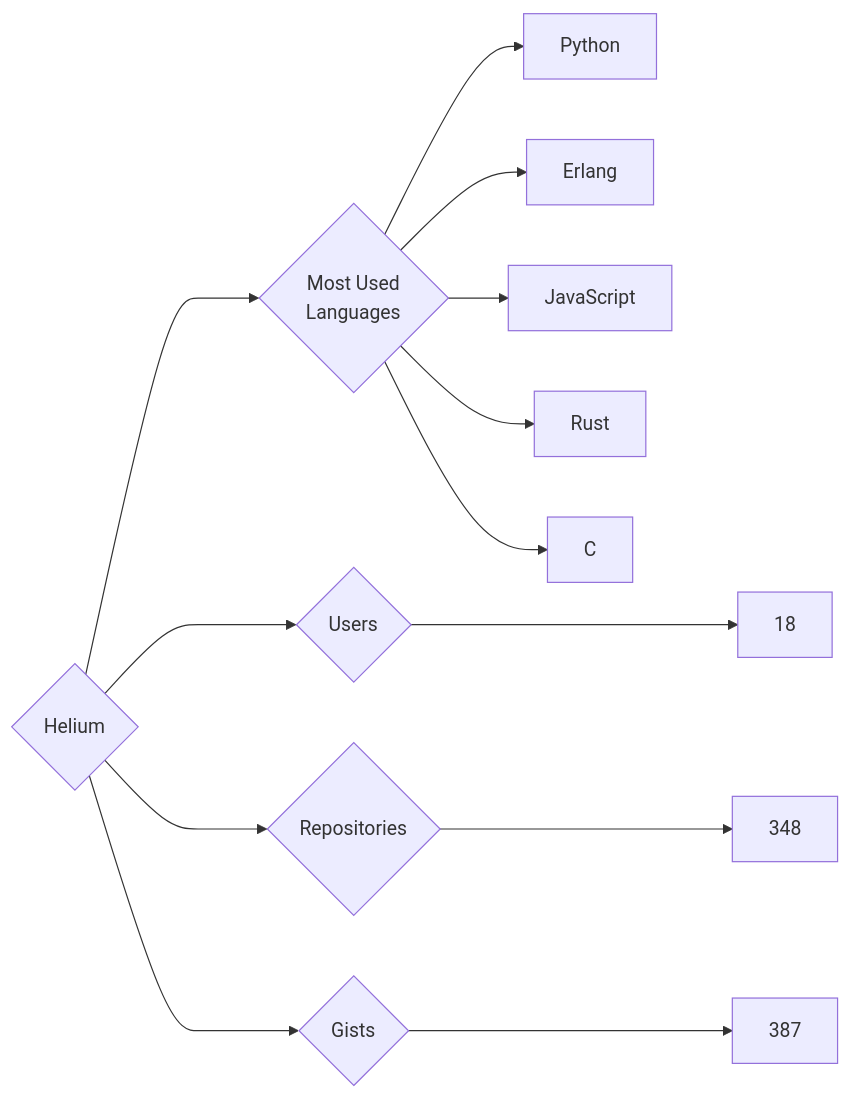
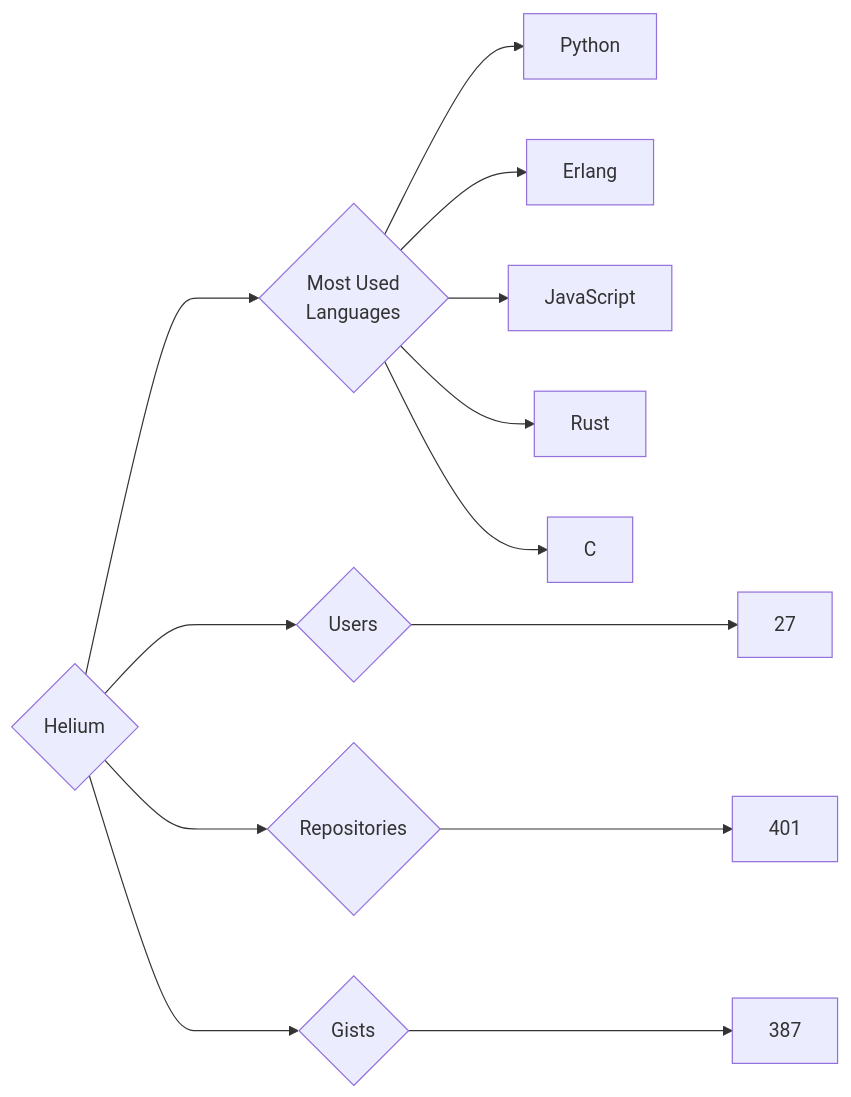
Before and after one commit to trickest/insiders: the diagram in targets/Helium/README.md, drawn with Mermaid. The commit also changed 773 other files, not shown here.

````diff
--- a/targets/Helium/README.md
+++ b/targets/Helium/README.md
@@ -3,13 +3,13 @@
 ```mermaid
 graph LR
 COMPANY_NAME{Helium}
-COMPANY_NAME ---> U{Users} ---> UN[18]
-COMPANY_NAME ---> R{Repositories} ---> RN[348]
+COMPANY_NAME ---> U{Users} ---> UN[27]
+COMPANY_NAME ---> R{Repositories} ---> RN[401]
 COMPANY_NAME ---> G{Gists} ---> GN[387]
 COMPANY_NAME ---> ML{Most Used<br>Languages}
 ML --> Python[Python]
 ML --> Erlang[Erlang]
 ML --> JavaScript[JavaScript]
 ML --> Rust[Rust]
 ML --> C[C]
 ```
````
